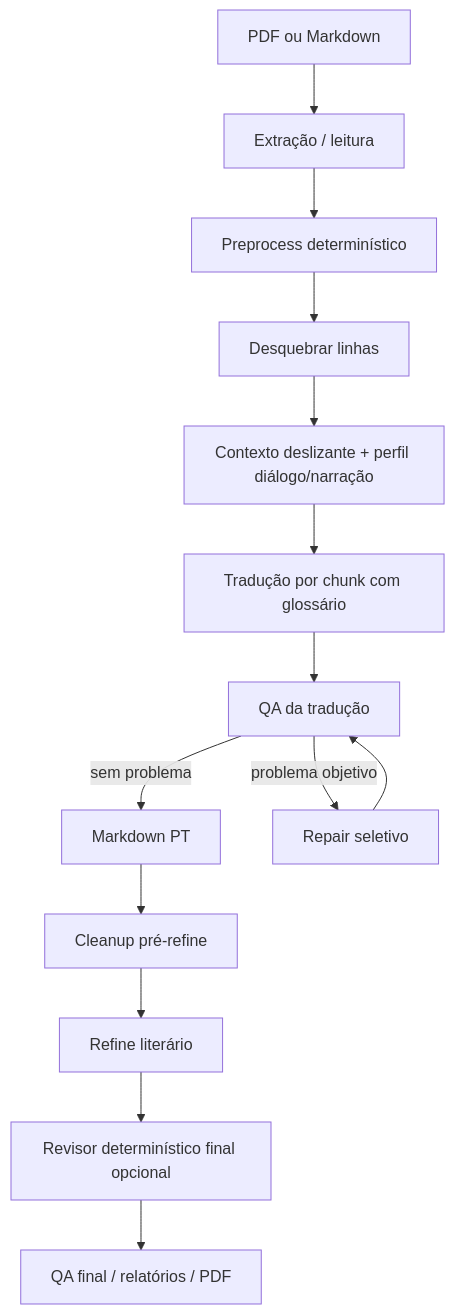
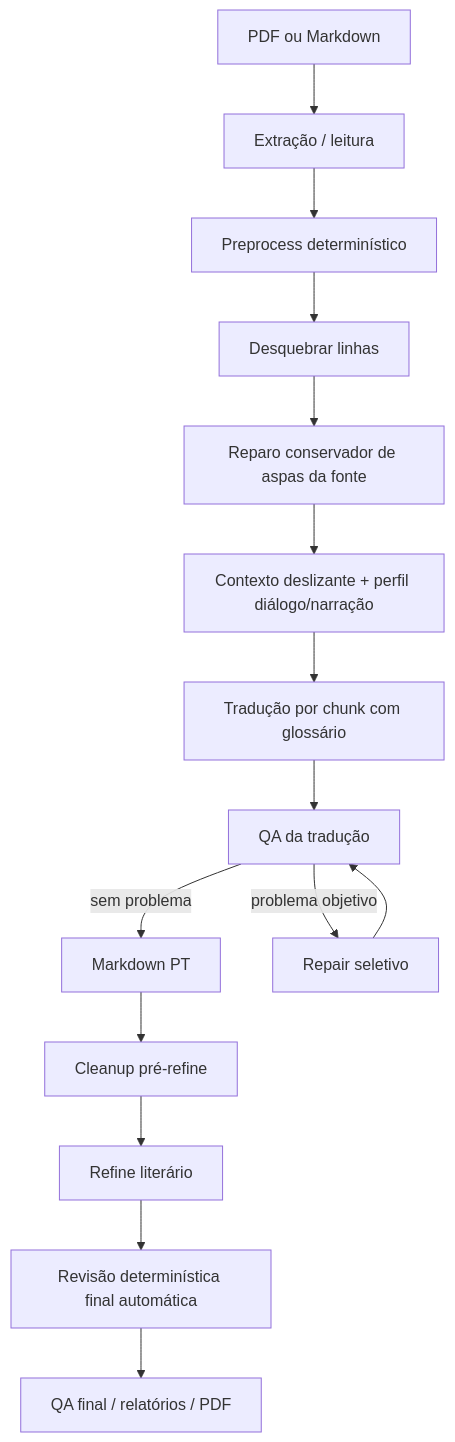
Before and after one commit to elcelsius/tradutor_llm: the diagram in docs/PIPELINE.md, drawn with Mermaid. The commit also changed other lines of this file and 50 other files, not shown here.

````diff
--- a/docs/PIPELINE.md
+++ b/docs/PIPELINE.md
@@ -7,16 +7,17 @@
 ```mermaid
 flowchart TD
     A[PDF ou Markdown] --> B[Extração / leitura]
     B --> C[Preprocess determinístico]
     C --> D[Desquebrar linhas]
-    D --> E1[Contexto deslizante + perfil diálogo/narração]
+    D --> D1[Reparo conservador de aspas da fonte]
+    D1 --> E1[Contexto deslizante + perfil diálogo/narração]
     E1 --> E[Tradução por chunk com glossário]
     E --> F[QA da tradução]
     F -->|sem problema| H[Markdown PT]
     F -->|problema objetivo| G[Repair seletivo]
     G --> F
     H --> I[Cleanup pré-refine]
     I --> J[Refine literário]
-    J --> K[Revisor determinístico final opcional]
+    J --> K[Revisão determinística final automática]
     K --> L[QA final / relatórios / PDF]
 ```
````
